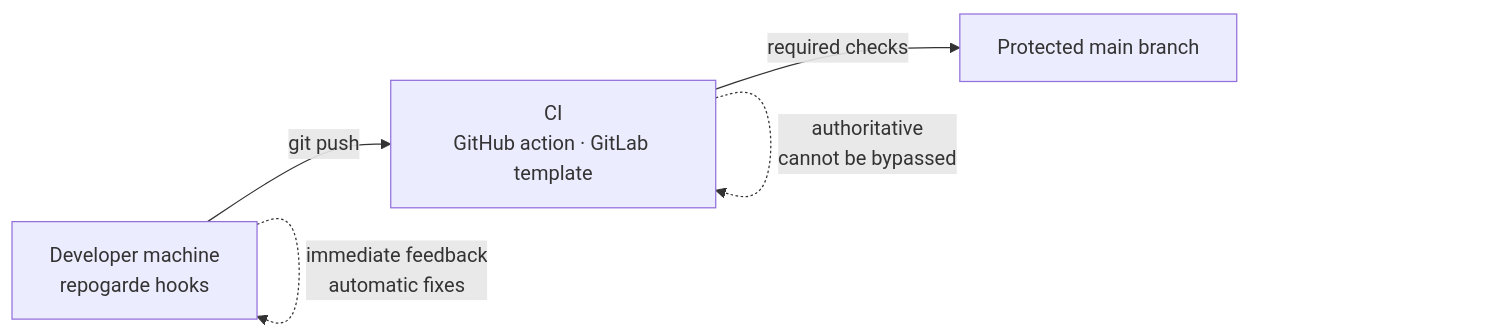
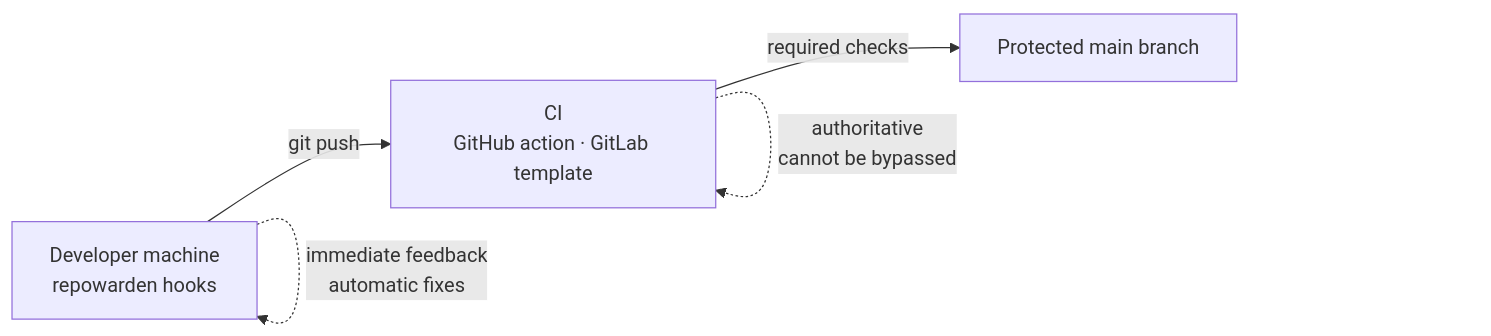
One commit to SimBienvenueHoulBoumi/githooks changed the diagram in docs/index.en.md. Above: the diagram before and after it, drawn with Mermaid. The commit also changed other lines of this file and 91 other files, not shown here.

First line of the commit message:
refactor!: renomme repogarde en repowarden

````diff
--- a/docs/index.en.md
+++ b/docs/index.en.md
@@ -5,7 +5,7 @@
 ```mermaid
 flowchart LR
-    A["Developer machine<br/>repogarde hooks"] -->|git push| B["CI<br/>GitHub action · GitLab template"]
+    A["Developer machine<br/>repowarden hooks"] -->|git push| B["CI<br/>GitHub action · GitLab template"]
     B -->|required checks| C["Protected main branch"]
     A -. "immediate feedback<br/>automatic fixes" .-> A
     B -. "authoritative<br/>cannot be bypassed" .-> B
 ```
````
